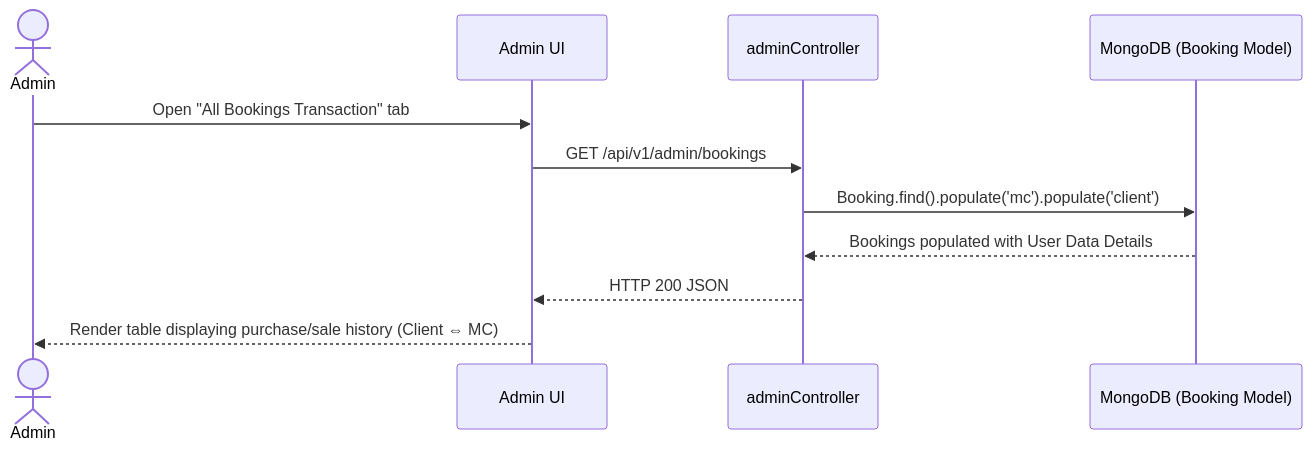
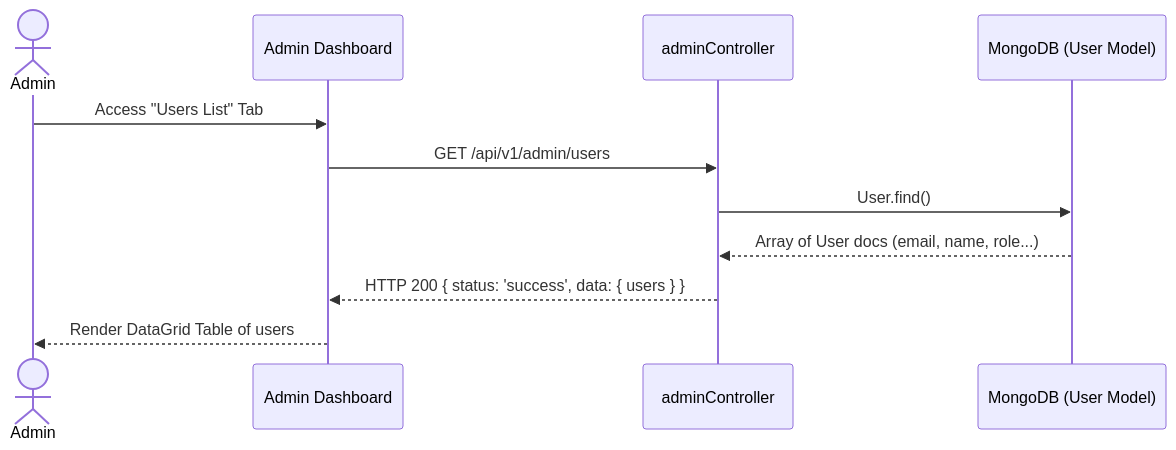
Before and after one commit to dat-21/SWD392: diagram 22 of 36 in UC_Backend_Design_Details.md, drawn with Mermaid. The commit also changed other lines of this file, not shown here.

Commit message:
feat: Refactor design documentation by removing the general system architecture diagram and adding specific high-level design diagrams for individual use cases.

````diff
--- a/UC_Backend_Design_Details.md
+++ b/UC_Backend_Design_Details.md
@@ -326,14 +488,14 @@
 ```mermaid
 sequenceDiagram
     actor Admin
-    participant FE as Admin UI
+    participant FE as Admin Dashboard
     participant Ctrl as adminController
-    participant DB as MongoDB (Booking Model)
+    participant DB as MongoDB (User Model)
 
-    Admin->>FE: Open "All Bookings Transaction" tab
-    FE->>Ctrl: GET /api/v1/admin/bookings
-    Ctrl->>DB: Booking.find().populate('mc').populate('client')
-    DB-->>Ctrl: Bookings populated with User Data Details
-    Ctrl-->>FE: HTTP 200 JSON
-    FE-->>Admin: Render table displaying purchase/sale history (Client ⇔ MC)
+    Admin->>FE: Access "Users List" Tab
+    FE->>Ctrl: GET /api/v1/admin/users
+    Ctrl->>DB: User.find()
+    DB-->>Ctrl: Array of User docs (email, name, role...)
+    Ctrl-->>FE: HTTP 200 { status: 'success', data: { users } }
+    FE-->>Admin: Render DataGrid Table of users
 ```
````
